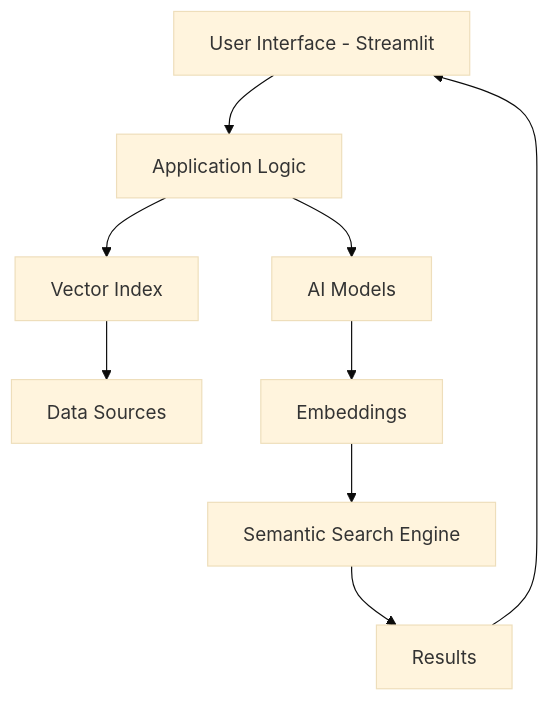
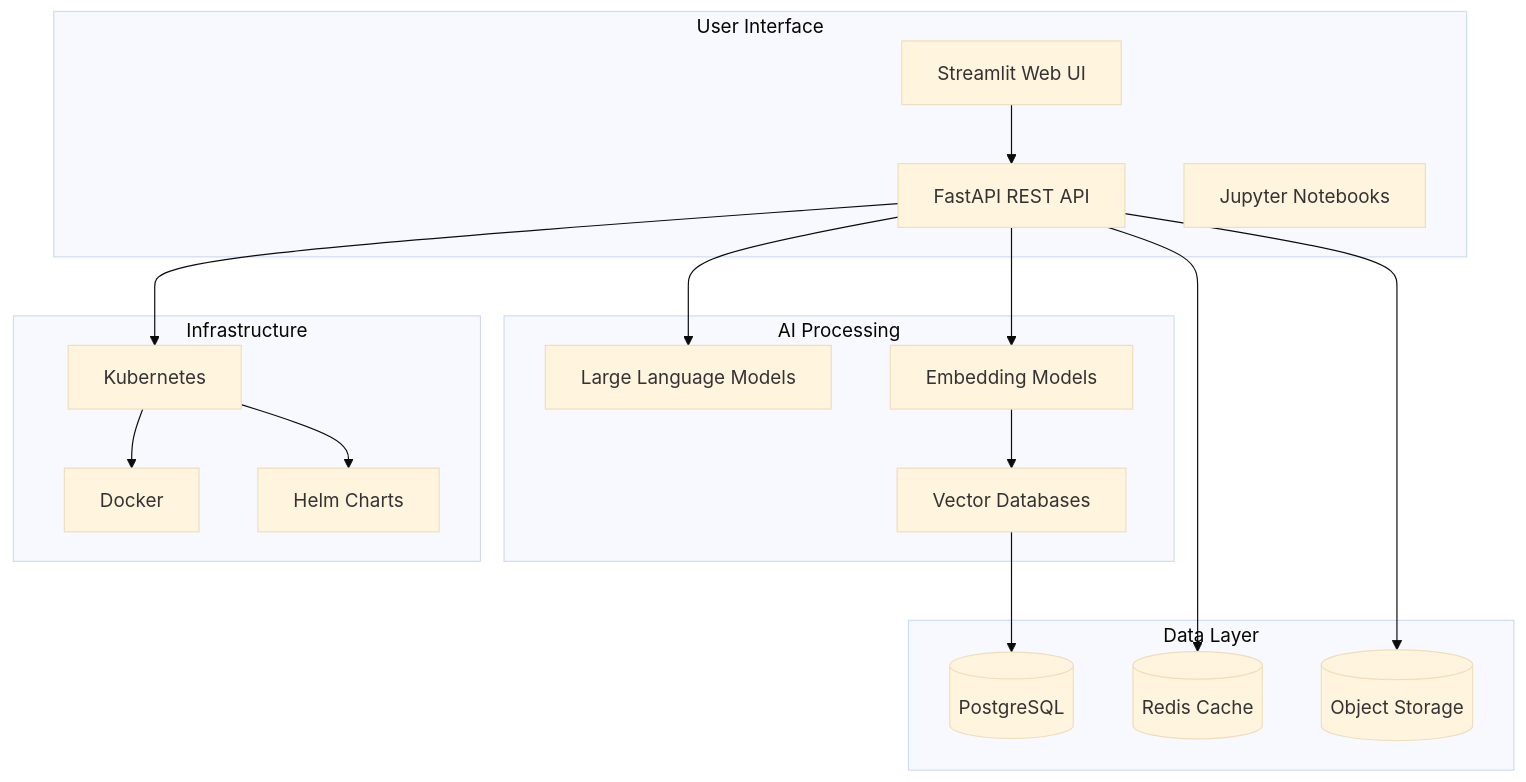
Before and after one commit to mksaraf/ogm.github.insy: the first of 2 diagrams in READ_OGM.Insy.md, drawn with Mermaid (base theme). The commit also changed other lines of this file and 27 other files, not shown here.

````diff
--- a/READ_OGM.Insy.md
+++ b/READ_OGM.Insy.md
@@ -54,11 +336,37 @@
 ```mermaid
 graph TB
-    A[User Interface - Streamlit] --> B[Application Logic]
-    B --> C[Vector Index]
-    C --> D[Data Sources]
-    B --> E[AI Models]
-    E --> F[Embeddings]
-    F --> G[Semantic Search Engine]
-    G --> H[Results]
-    H --> A
+    subgraph "User Interface"
+        UI[Streamlit Web UI]
+        API[FastAPI REST API]
+        NB[Jupyter Notebooks]
+    end
+
+    subgraph "AI Processing"
+        LLM[Large Language Models]
+        EMB[Embedding Models]
+        VDB[Vector Databases]
+    end
+
+    subgraph "Data Layer"
+        PG[(PostgreSQL)]
+        REDIS[(Redis Cache)]
+        S3[(Object Storage)]
+    end
+
+    subgraph "Infrastructure"
+        K8S[Kubernetes]
+        DOCKER[Docker]
+        HELM[Helm Charts]
+    end
+
+    UI --> API
+    API --> LLM
+    API --> EMB
+    EMB --> VDB
+    VDB --> PG
+    API --> REDIS
+    API --> S3
+    API --> K8S
+    K8S --> DOCKER
+    K8S --> HELM
 ```
````
